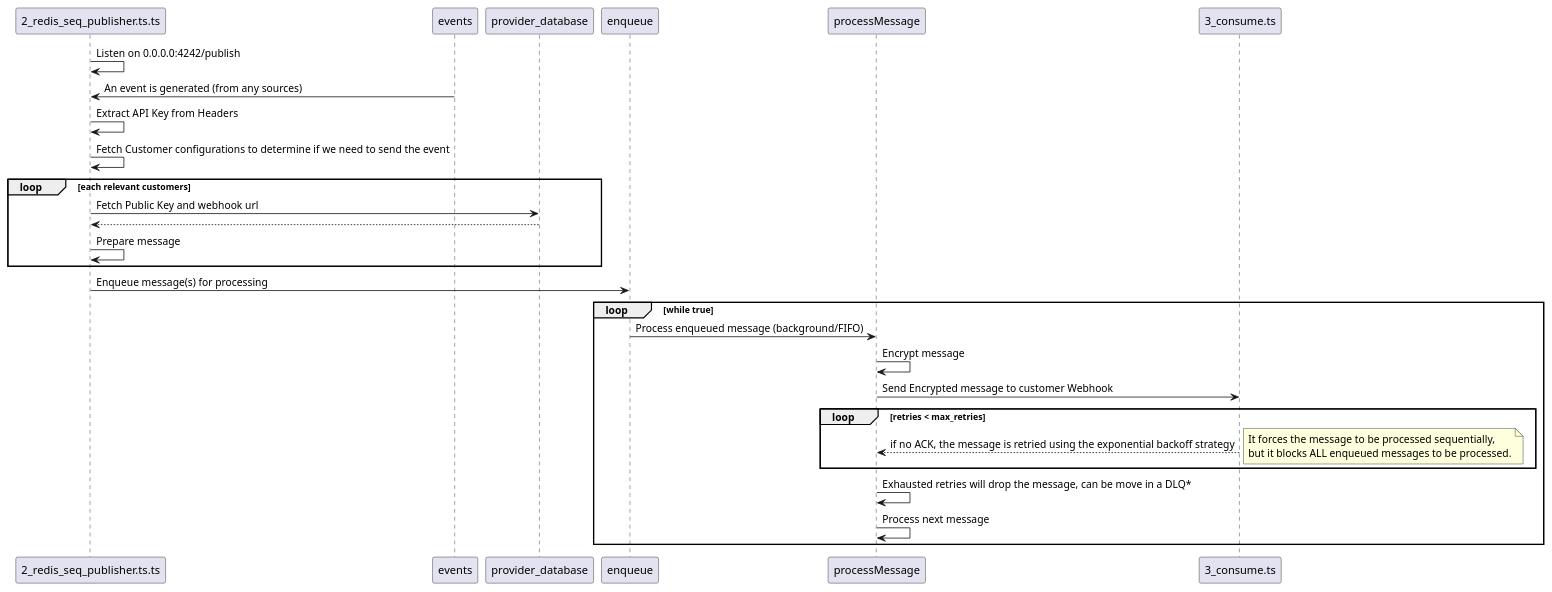
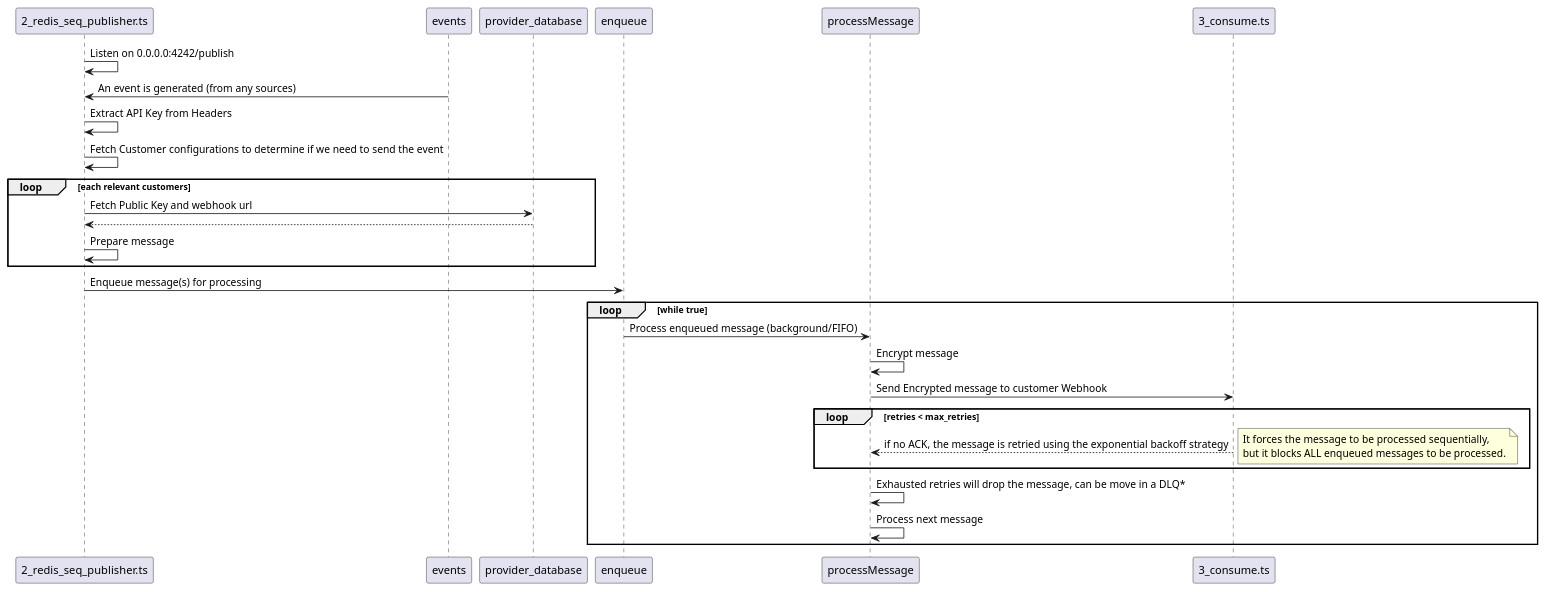
One commit to ronixa/webhook changed the third of 5 diagrams in README.md. Above: the diagram before and after it, drawn with PlantUML. The commit also changed other lines of this file and 5 other files, not shown here.

````diff
--- a/README.md
+++ b/README.md
@@ -155,31 +163,31 @@
 ```plantuml
 @startuml
-2_redis_seq_publisher.ts.ts -> 2_redis_seq_publisher.ts.ts: Listen on 0.0.0.0:4242/publish
-events -> 2_redis_seq_publisher.ts.ts: An event is generated (from any sources)
+2_redis_seq_publisher.ts -> 2_redis_seq_publisher.ts: Listen on 0.0.0.0:4242/publish
+events -> 2_redis_seq_publisher.ts: An event is generated (from any sources)
 
-2_redis_seq_publisher.ts.ts -> 2_redis_seq_publisher.ts.ts: Extract API Key from Headers
-2_redis_seq_publisher.ts.ts -> 2_redis_seq_publisher.ts.ts: Fetch Customer configurations to determine if we need to send the event
+2_redis_seq_publisher.ts -> 2_redis_seq_publisher.ts: Extract API Key from Headers
+2_redis_seq_publisher.ts -> 2_redis_seq_publisher.ts: Fetch Customer configurations to determine if we need to send the event
 loop each relevant customers
-  2_redis_seq_publisher.ts.ts -> provider_database: Fetch Public Key and webhook url
-  2_redis_seq_publisher.ts.ts <-- provider_database
-  2_redis_seq_publisher.ts.ts -> 2_redis_seq_publisher.ts.ts: Prepare message
+  2_redis_seq_publisher.ts -> provider_database: Fetch Public Key and webhook url
+  2_redis_seq_publisher.ts <-- provider_database
+  2_redis_seq_publisher.ts -> 2_redis_seq_publisher.ts: Prepare message
 end
-2_redis_seq_publisher.ts.ts -> enqueue: Enqueue message(s) for processing
+2_redis_seq_publisher.ts -> enqueue: Enqueue message(s) for processing
 
 loop while true
   enqueue -> processMessage: Process enqueued message (background/FIFO)
   processMessage -> processMessage: Encrypt message
   processMessage -> 3_consume.ts: Send Encrypted message to customer Webhook
   loop retries < max_retries
     processMessage <-- 3_consume.ts: if no ACK, the message is retried using the exponential backoff strategy
     note right
       It forces the message to be processed sequentially,
       but it blocks ALL enqueued messages to be processed.
     end note
   end
   processMessage -> processMessage: Exhausted retries will drop the message, can be move in a DLQ*
 
   processMessage -> processMessage: Process next message
 end
 @enduml
 ```
````
